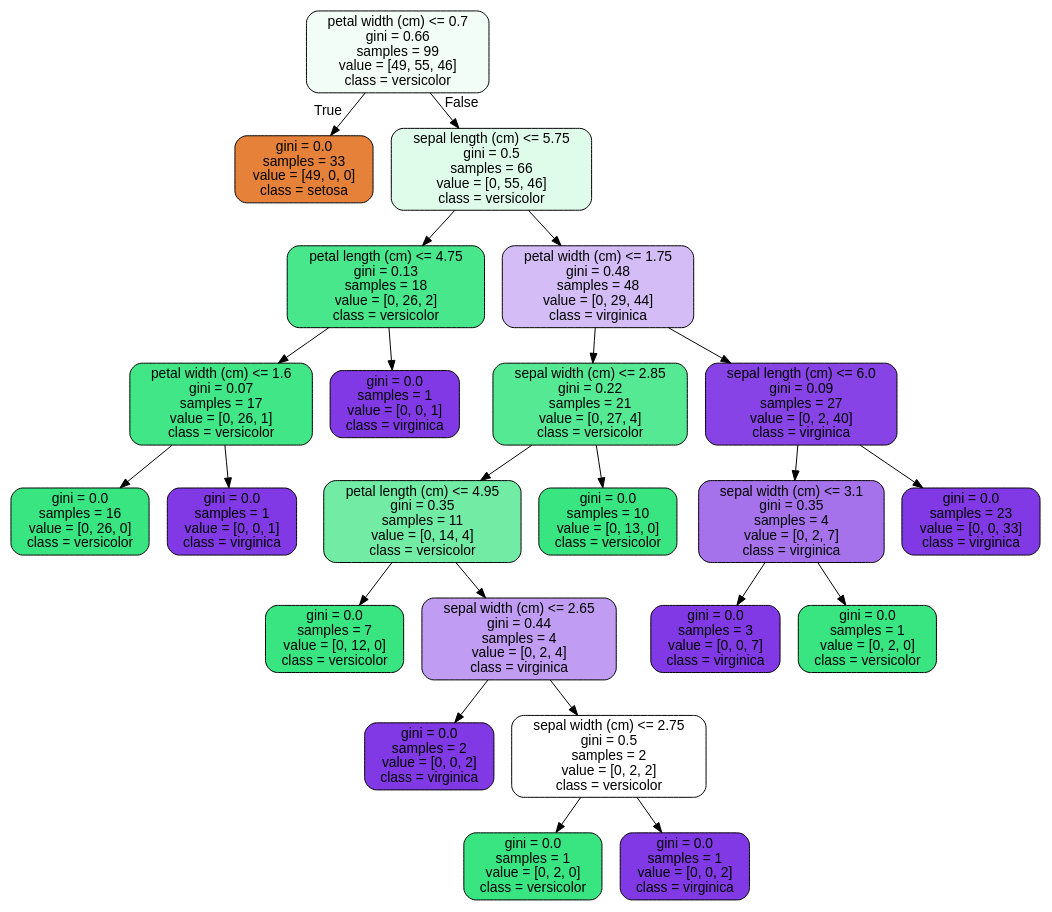
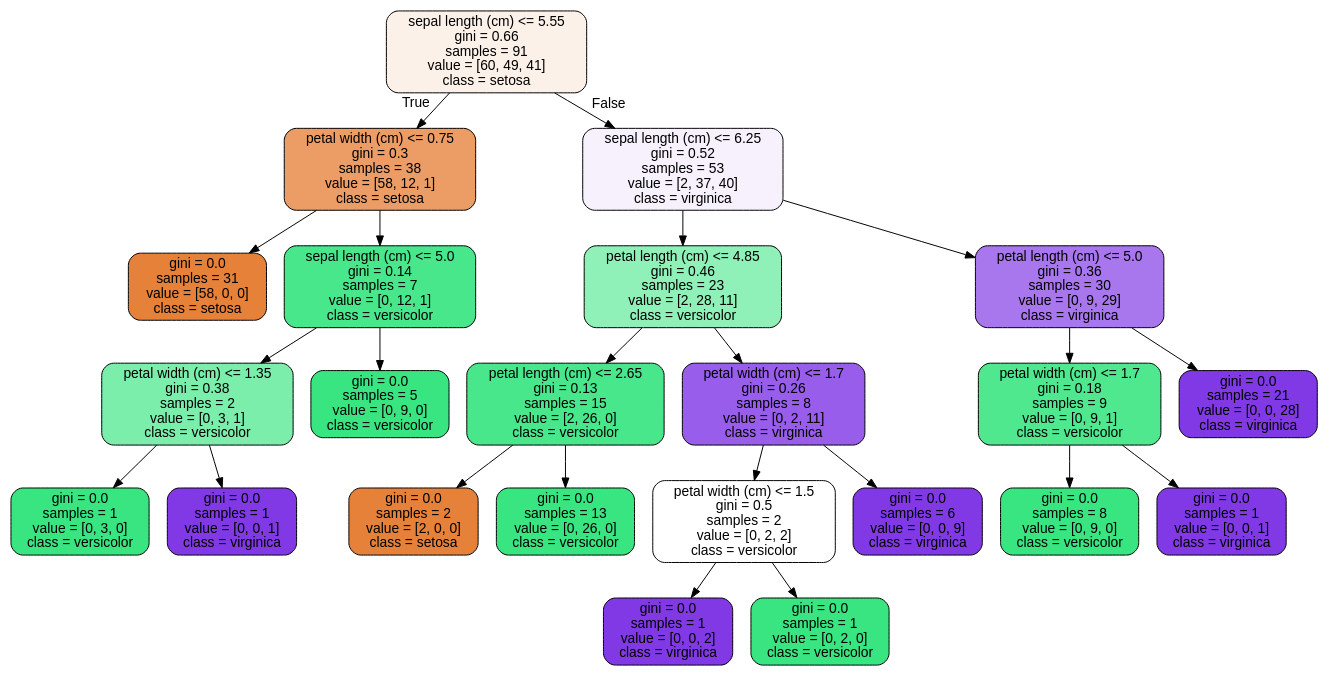
One commit to lutimoth/SpringboardMay2022 changed the diagram in RandomForest Covid Case Study_06302020/tree.dot. Above: the diagram before and after it, drawn with Graphviz. The commit also changed 3 other files, not shown here.

```diff
--- a/RandomForest Covid Case Study_06302020/tree.dot
+++ b/RandomForest Covid Case Study_06302020/tree.dot
@@ -1,49 +1,49 @@
 digraph Tree {
 node [shape=box, style="filled, rounded", color="black", fontname=helvetica] ;
 edge [fontname=helvetica] ;
-0 [label="petal width (cm) <= 0.7\ngini = 0.66\nsamples = 99\nvalue = [49, 55, 46]\nclass = versicolor", fillcolor="#f3fdf8"] ;
-1 [label="gini = 0.0\nsamples = 33\nvalue = [49, 0, 0]\nclass = setosa", fillcolor="#e58139"] ;
+0 [label="sepal length (cm) <= 5.55\ngini = 0.66\nsamples = 91\nvalue = [60, 49, 41]\nclass = setosa", fillcolor="#fcf1e9"] ;
+1 [label="petal width (cm) <= 0.75\ngini = 0.3\nsamples = 38\nvalue = [58, 12, 1]\nclass = setosa", fillcolor="#eb9d65"] ;
 0 -> 1 [labeldistance=2.5, labelangle=45, headlabel="True"] ;
-2 [label="sepal length (cm) <= 5.75\ngini = 0.5\nsamples = 66\nvalue = [0, 55, 46]\nclass = versicolor", fillcolor="#dffbea"] ;
-0 -> 2 [labeldistance=2.5, labelangle=-45, headlabel="False"] ;
-3 [label="petal length (cm) <= 4.75\ngini = 0.13\nsamples = 18\nvalue = [0, 26, 2]\nclass = versicolor", fillcolor="#48e78b"] ;
-2 -> 3 ;
-4 [label="petal width (cm) <= 1.6\ngini = 0.07\nsamples = 17\nvalue = [0, 26, 1]\nclass = versicolor", fillcolor="#41e686"] ;
+2 [label="gini = 0.0\nsamples = 31\nvalue = [58, 0, 0]\nclass = setosa", fillcolor="#e58139"] ;
+1 -> 2 ;
+3 [label="sepal length (cm) <= 5.0\ngini = 0.14\nsamples = 7\nvalue = [0, 12, 1]\nclass = versicolor", fillcolor="#49e78c"] ;
+1 -> 3 ;
+4 [label="petal width (cm) <= 1.35\ngini = 0.38\nsamples = 2\nvalue = [0, 3, 1]\nclass = versicolor", fillcolor="#7beeab"] ;
 3 -> 4 ;
-5 [label="gini = 0.0\nsamples = 16\nvalue = [0, 26, 0]\nclass = versicolor", fillcolor="#39e581"] ;
+5 [label="gini = 0.0\nsamples = 1\nvalue = [0, 3, 0]\nclass = versicolor", fillcolor="#39e581"] ;
 4 -> 5 ;
 6 [label="gini = 0.0\nsamples = 1\nvalue = [0, 0, 1]\nclass = virginica", fillcolor="#8139e5"] ;
 4 -> 6 ;
-7 [label="gini = 0.0\nsamples = 1\nvalue = [0, 0, 1]\nclass = virginica", fillcolor="#8139e5"] ;
+7 [label="gini = 0.0\nsamples = 5\nvalue = [0, 9, 0]\nclass = versicolor", fillcolor="#39e581"] ;
 3 -> 7 ;
-8 [label="petal width (cm) <= 1.75\ngini = 0.48\nsamples = 48\nvalue = [0, 29, 44]\nclass = virginica", fillcolor="#d4bcf6"] ;
-2 -> 8 ;
-9 [label="sepal width (cm) <= 2.85\ngini = 0.22\nsamples = 21\nvalue = [0, 27, 4]\nclass = versicolor", fillcolor="#56e994"] ;
+8 [label="sepal length (cm) <= 6.25\ngini = 0.52\nsamples = 53\nvalue = [2, 37, 40]\nclass = virginica", fillcolor="#f6f1fd"] ;
+0 -> 8 [labeldistance=2.5, labelangle=-45, headlabel="False"] ;
+9 [label="petal length (cm) <= 4.85\ngini = 0.46\nsamples = 23\nvalue = [2, 28, 11]\nclass = versicolor", fillcolor="#8ff0b8"] ;
 8 -> 9 ;
-10 [label="petal length (cm) <= 4.95\ngini = 0.35\nsamples = 11\nvalue = [0, 14, 4]\nclass = versicolor", fillcolor="#72eca5"] ;
+10 [label="petal length (cm) <= 2.65\ngini = 0.13\nsamples = 15\nvalue = [2, 26, 0]\nclass = versicolor", fillcolor="#48e78b"] ;
 9 -> 10 ;
-11 [label="gini = 0.0\nsamples = 7\nvalue = [0, 12, 0]\nclass = versicolor", fillcolor="#39e581"] ;
+11 [label="gini = 0.0\nsamples = 2\nvalue = [2, 0, 0]\nclass = setosa", fillcolor="#e58139"] ;
 10 -> 11 ;
-12 [label="sepal width (cm) <= 2.65\ngini = 0.44\nsamples = 4\nvalue = [0, 2, 4]\nclass = virginica", fillcolor="#c09cf2"] ;
+12 [label="gini = 0.0\nsamples = 13\nvalue = [0, 26, 0]\nclass = versicolor", fillcolor="#39e581"] ;
 10 -> 12 ;
-13 [label="gini = 0.0\nsamples = 2\nvalue = [0, 0, 2]\nclass = virginica", fillcolor="#8139e5"] ;
-12 -> 13 ;
-14 [label="sepal width (cm) <= 2.75\ngini = 0.5\nsamples = 2\nvalue = [0, 2, 2]\nclass = versicolor", fillcolor="#ffffff"] ;
-12 -> 14 ;
-15 [label="gini = 0.0\nsamples = 1\nvalue = [0, 2, 0]\nclass = versicolor", fillcolor="#39e581"] ;
+13 [label="petal width (cm) <= 1.7\ngini = 0.26\nsamples = 8\nvalue = [0, 2, 11]\nclass = virginica", fillcolor="#985dea"] ;
+9 -> 13 ;
+14 [label="petal width (cm) <= 1.5\ngini = 0.5\nsamples = 2\nvalue = [0, 2, 2]\nclass = versicolor", fillcolor="#ffffff"] ;
+13 -> 14 ;
+15 [label="gini = 0.0\nsamples = 1\nvalue = [0, 0, 2]\nclass = virginica", fillcolor="#8139e5"] ;
 14 -> 15 ;
-16 [label="gini = 0.0\nsamples = 1\nvalue = [0, 0, 2]\nclass = virginica", fillcolor="#8139e5"] ;
+16 [label="gini = 0.0\nsamples = 1\nvalue = [0, 2, 0]\nclass = versicolor", fillcolor="#39e581"] ;
 14 -> 16 ;
-17 [label="gini = 0.0\nsamples = 10\nvalue = [0, 13, 0]\nclass = versicolor", fillcolor="#39e581"] ;
-9 -> 17 ;
-18 [label="sepal length (cm) <= 6.0\ngini = 0.09\nsamples = 27\nvalue = [0, 2, 40]\nclass = virginica", fillcolor="#8743e6"] ;
+17 [label="gini = 0.0\nsamples = 6\nvalue = [0, 0, 9]\nclass = virginica", fillcolor="#8139e5"] ;
+13 -> 17 ;
+18 [label="petal length (cm) <= 5.0\ngini = 0.36\nsamples = 30\nvalue = [0, 9, 29]\nclass = virginica", fillcolor="#a876ed"] ;
 8 -> 18 ;
-19 [label="sepal width (cm) <= 3.1\ngini = 0.35\nsamples = 4\nvalue = [0, 2, 7]\nclass = virginica", fillcolor="#a572ec"] ;
+19 [label="petal width (cm) <= 1.7\ngini = 0.18\nsamples = 9\nvalue = [0, 9, 1]\nclass = versicolor", fillcolor="#4fe88f"] ;
 18 -> 19 ;
-20 [label="gini = 0.0\nsamples = 3\nvalue = [0, 0, 7]\nclass = virginica", fillcolor="#8139e5"] ;
+20 [label="gini = 0.0\nsamples = 8\nvalue = [0, 9, 0]\nclass = versicolor", fillcolor="#39e581"] ;
 19 -> 20 ;
-21 [label="gini = 0.0\nsamples = 1\nvalue = [0, 2, 0]\nclass = versicolor", fillcolor="#39e581"] ;
+21 [label="gini = 0.0\nsamples = 1\nvalue = [0, 0, 1]\nclass = virginica", fillcolor="#8139e5"] ;
 19 -> 21 ;
-22 [label="gini = 0.0\nsamples = 23\nvalue = [0, 0, 33]\nclass = virginica", fillcolor="#8139e5"] ;
+22 [label="gini = 0.0\nsamples = 21\nvalue = [0, 0, 28]\nclass = virginica", fillcolor="#8139e5"] ;
 18 -> 22 ;
 }
```
